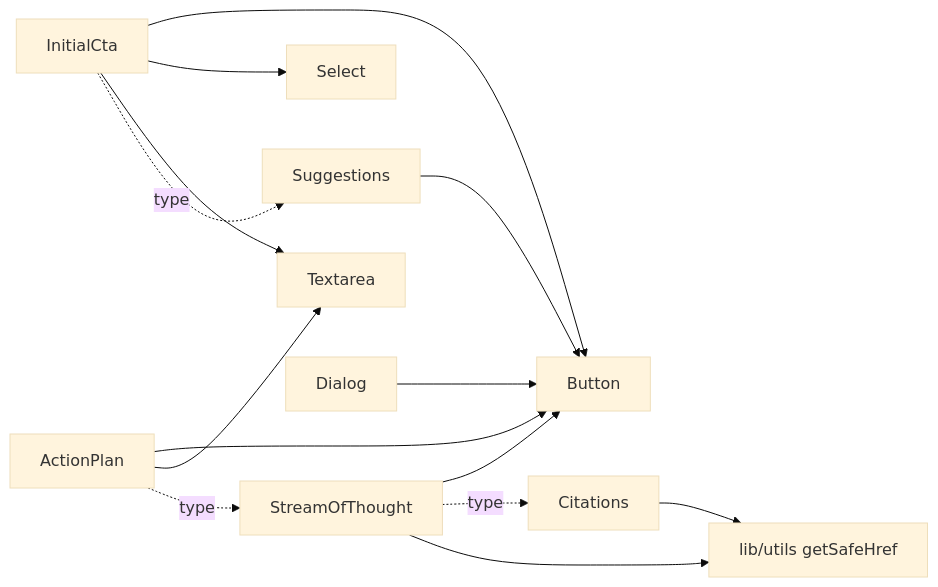
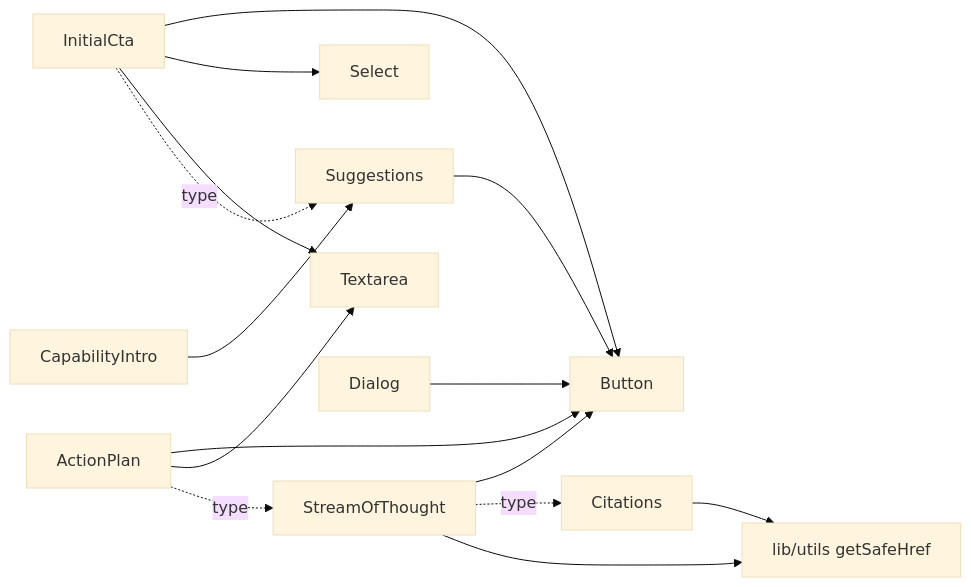
The diagram in CONTEXT.md (amaltapalov/conversational-ai-components), drawn with Mermaid (base theme) before and after one commit. The commit also changed other lines of this file and 4 other files, not shown here.

Commit message:
feat: capability intro component is added

````diff
--- a/CONTEXT.md
+++ b/CONTEXT.md
@@ -90,16 +92,17 @@
 ```mermaid
 graph LR
+  CapabilityIntro --> Suggestions
   InitialCta --> Button
   InitialCta --> Select
   InitialCta --> Textarea
   InitialCta -. type .-> Suggestions
   Suggestions --> Button
   StreamOfThought --> Button
   StreamOfThought -. type .-> Citations
   Citations --> utils[lib/utils getSafeHref]
   StreamOfThought --> utils
   ActionPlan --> Button
   ActionPlan --> Textarea
   ActionPlan -. type .-> StreamOfThought
   Dialog --> Button
 ```
````
